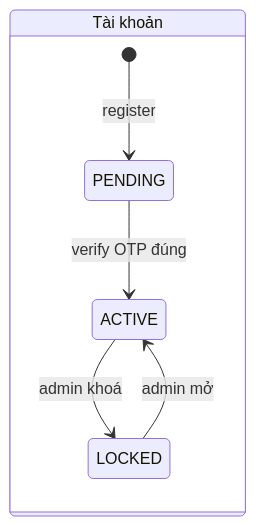
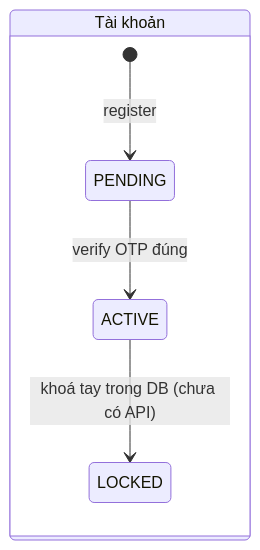
One commit to lebronjamesbe01-dev/flashsale-service changed diagram 13 of 14 in docs/system-design.md. Above: the diagram before and after it, drawn with Mermaid. The commit also changed other lines of this file and 1 other file, not shown here.

Commit message:
docs: update README and system design for hardened flows

````diff
--- a/docs/system-design.md
+++ b/docs/system-design.md
@@ -420,10 +425,9 @@
 ```mermaid
 stateDiagram-v2
     direction LR
     state "Tài khoản" as ACC {
         [*] --> PENDING: register
         PENDING --> ACTIVE: verify OTP đúng
-        ACTIVE --> LOCKED: admin khoá
-        LOCKED --> ACTIVE: admin mở
+        ACTIVE --> LOCKED: khoá tay trong DB (chưa có API)
     }
 ```
````
